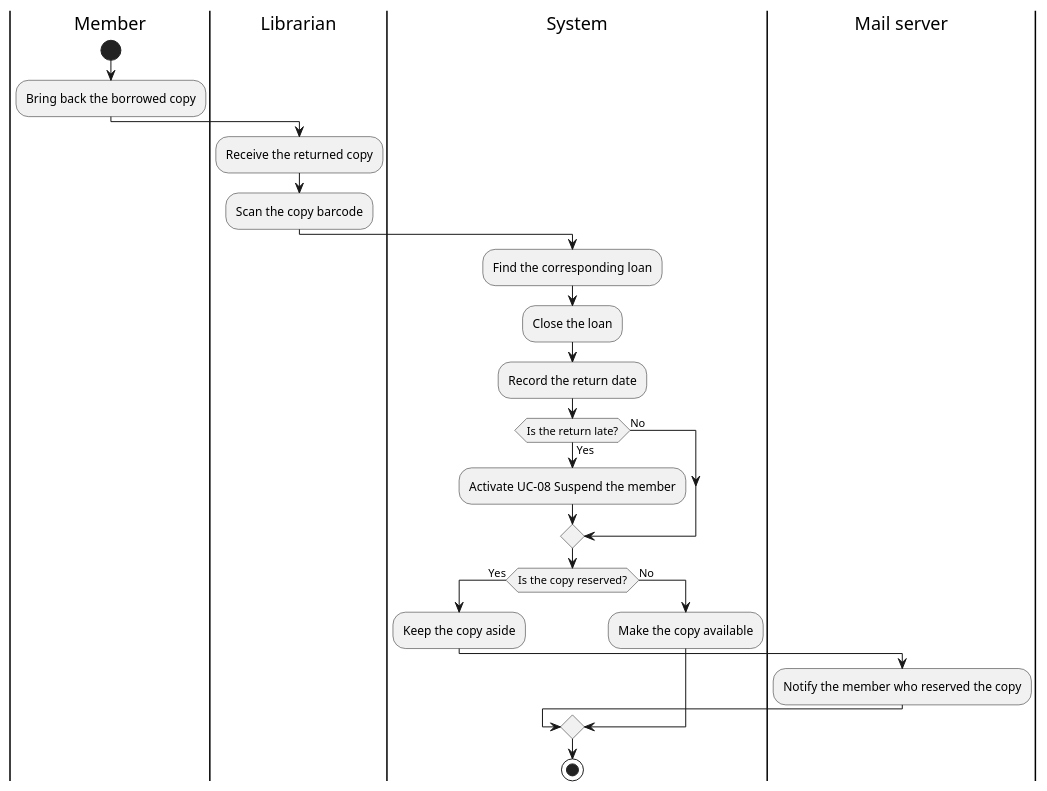
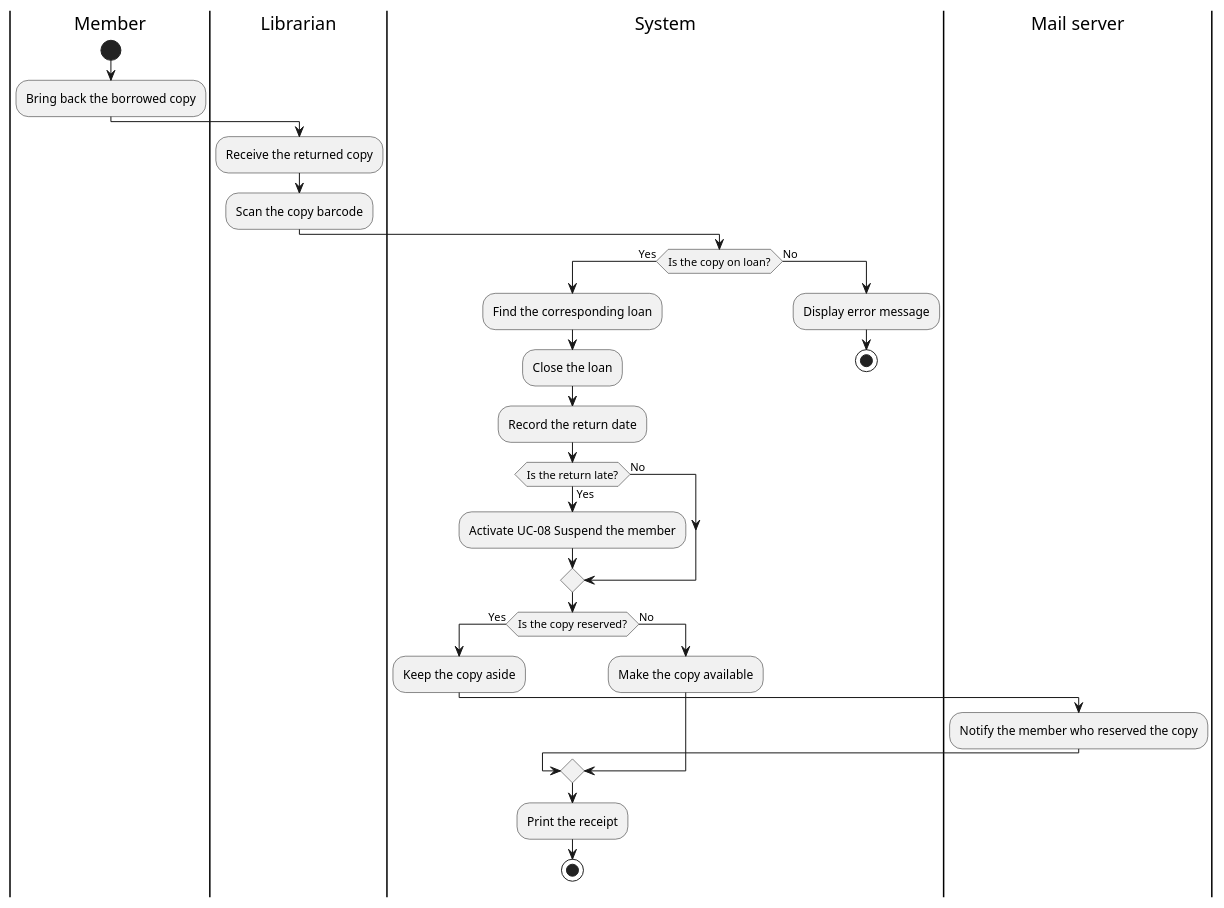
One commit to douaabdelhamid-sudo/tp2-library changed the diagram in docs/uml/register-return-activity.puml. Above: the diagram before and after it, drawn with PlantUML. The commit also changed 4 other files, not shown here.

Commit message:
Fix UML diagrams, export PNGs and add register-return.md

```diff
--- a/docs/uml/register-return-activity.puml
+++ b/docs/uml/register-return-activity.puml
@@ -1,48 +1,57 @@
 @startuml
 
 |Member|
 start
 :Bring back the borrowed copy;
 ' العضو يعيد الكتاب المستعار إلى المكتبة
 
 |Librarian|
 :Receive the returned copy;
 ' أمين المكتبة يستقبل الكتاب
 :Scan the copy barcode;
 ' مسح الباركود للتعرف على الكتاب
 
 |System|
-:Find the corresponding loan;
-' البحث عن عملية الاستعارة المرتبطة بالكتاب
-:Close the loan;
-' إغلاق عملية الاستعارة
-:Record the return date;
-' تسجيل تاريخ إرجاع الكتاب
+if (Is the copy on loan?) then (Yes)
+  ' التحقق مما إذا كانت النسخة في حالة إعارة
+  :Find the corresponding loan;
+  ' البحث عن عملية الاستعارة المرتبطة بالكتاب
+  :Close the loan;
+  ' إغلاق عملية الاستعارة
+  :Record the return date;
+  ' تسجيل تاريخ إرجاع الكتاب
 
-if (Is the return late?) then (Yes)
-  ' التحقق مما إذا كان الكتاب قد أُرجع متأخراً
-  :Activate UC-08 Suspend the member;
-  ' تفعيل حالة تعليق عضوية العضو
+  if (Is the return late?) then (Yes)
+    ' التحقق مما إذا كان الكتاب قد أُرجع متأخراً
+    :Activate UC-08 Suspend the member;
+    ' تفعيل حالة تعليق عضوية العضو
+  else (No)
+    ' إذا لم يكن الإرجاع متأخراً نواصل العملية
+  endif
+
+  if (Is the copy reserved?) then (Yes)
+    ' التحقق مما إذا كان الكتاب محجوزاً لعضو آخر
+    :Keep the copy aside;
+    ' الاحتفاظ بالكتاب جانباً للعضو الذي حجزه
+
+    |Mail server|
+    :Notify the member who reserved the copy;
+    ' إرسال إشعار إلى العضو الذي قام بالحجز
+
+    |System|
+  else (No)
+    :Make the copy available;
+    ' جعل الكتاب متاحاً للاستعارة
+  endif
+
+  :Print the receipt;
+  ' طباعة وصل الإرجاع
+  stop
+
 else (No)
-  ' إذا لم يكن الإرجاع متأخراً نواصل العملية
+  :Display error message;
+  ' عرض رسالة خطأ لأن النسخة ليست في حالة إعارة
+  stop
 endif
 
-if (Is the copy reserved?) then (Yes)
-  ' التحقق مما إذا كان الكتاب محجوزاً لعضو آخر
-  :Keep the copy aside;
-  ' الاحتفاظ بالكتاب جانباً للعضو الذي حجزه
-
-  |Mail server|
-  :Notify the member who reserved the copy;
-  ' إرسال إشعار إلى العضو الذي قام بالحجز
-
-else (No)
-  |System|
-  :Make the copy available;
-  ' جعل الكتاب متاحاً للاستعارة
-endif
-
-stop
-' نهاية عملية إرجاع الكتاب
-
 @enduml
```
